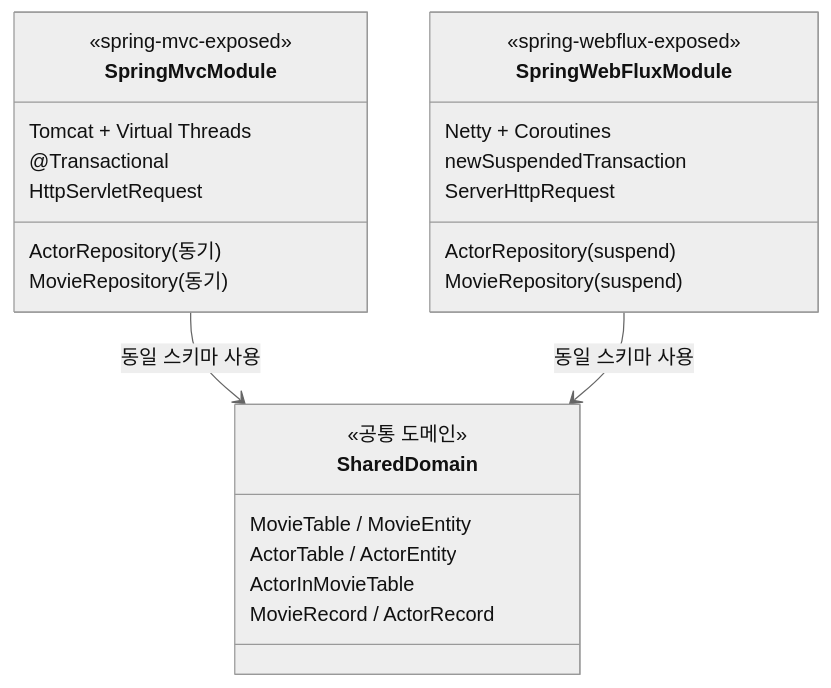
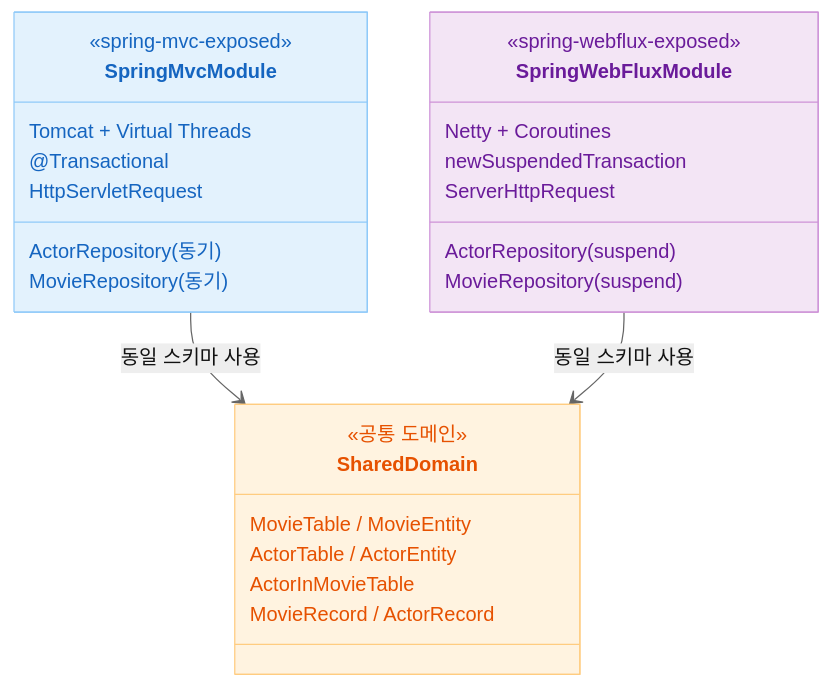
Before and after one commit to bluetape4k/exposed-workshop: the first of 2 diagrams in 01-spring-boot/README.md, drawn with Mermaid (neutral theme). The commit also changed 56 other files, not shown here.

First line of the commit message:
docs: 전체 README mermaid 다이어그램에 파스텔 톤 색상 적용

````diff
--- a/01-spring-boot/README.md
+++ b/01-spring-boot/README.md
@@ -27,31 +27,35 @@
 ```mermaid
 classDiagram
     class SpringMvcModule {
         <<spring-mvc-exposed>>
         Tomcat + Virtual Threads
         @Transactional
         HttpServletRequest
         ActorRepository (동기)
         MovieRepository (동기)
     }
 
     class SpringWebFluxModule {
         <<spring-webflux-exposed>>
         Netty + Coroutines
         newSuspendedTransaction
         ServerHttpRequest
         ActorRepository (suspend)
         MovieRepository (suspend)
     }
 
     class SharedDomain {
         <<공통 도메인>>
         MovieTable / MovieEntity
         ActorTable / ActorEntity
         ActorInMovieTable
         MovieRecord / ActorRecord
     }
 
     SpringMvcModule --> SharedDomain : 동일 스키마 사용
     SpringWebFluxModule --> SharedDomain : 동일 스키마 사용
+
+    style SpringMvcModule fill:#E3F2FD,stroke:#90CAF9,color:#1565C0
+    style SpringWebFluxModule fill:#F3E5F5,stroke:#CE93D8,color:#6A1B9A
+    style SharedDomain fill:#FFF3E0,stroke:#FFCC80,color:#E65100
 ```
````
